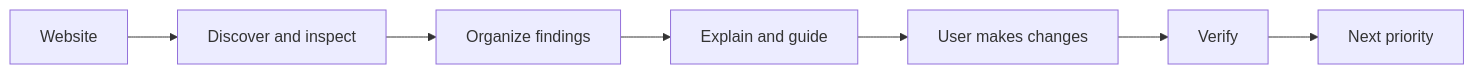
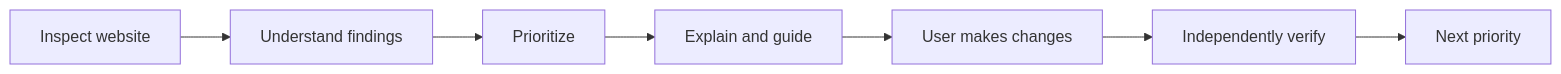
Before and after one commit to aravind9154/aravind9154: the first of 2 diagrams in README.md, drawn with Mermaid. The commit also changed other lines of this file, not shown here.

````diff
--- a/README.md
+++ b/README.md
@@ -29,9 +31,9 @@
 ```mermaid
 flowchart LR
- A[Website] --> B[Discover and inspect]
- B --> C[Organize findings]
+ A[Inspect website] --> B[Understand findings]
+ B --> C[Prioritize]
  C --> D[Explain and guide]
  D --> E[User makes changes]
- E --> F[Verify]
+ E --> F[Independently verify]
  F --> G[Next priority]
 ```
````
